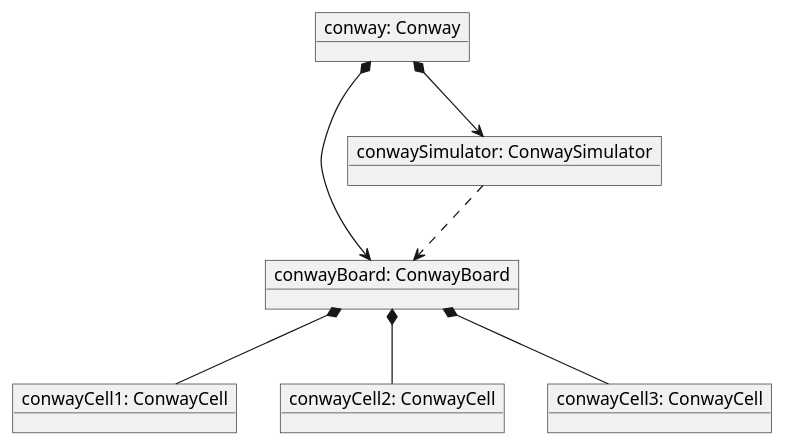
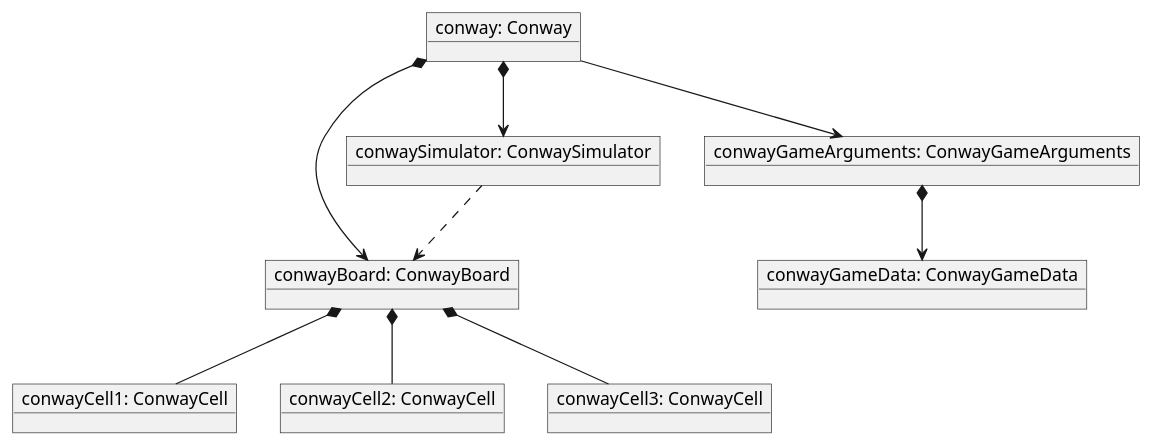
Before and after one commit to Sileye54/Conway-Game-of-Life: the diagram in _models/object_diagram.puml, drawn with PlantUML.

Commit message:
Ajoute nouveaux objets dans diagramme de classe

```diff
--- a/_models/object_diagram.puml
+++ b/_models/object_diagram.puml
@@ -1,15 +1,19 @@
 @startuml
 object "conway: Conway" as conway
 object "conwayBoard: ConwayBoard" as board
 object "conwaySimulator: ConwaySimulator" as simulator
+object "conwayGameArguments: ConwayGameArguments" as args
+object "conwayGameData: ConwayGameData" as data
 object "conwayCell1: ConwayCell" as c1
 object "conwayCell2: ConwayCell" as c2
 object "conwayCell3: ConwayCell" as c3
 
 conway *--> board
 conway *--> simulator
+conway --> args
+args *--> data
 simulator ..> board
 board *-- c1
 board *-- c2
 board *-- c3
 @enduml
```
